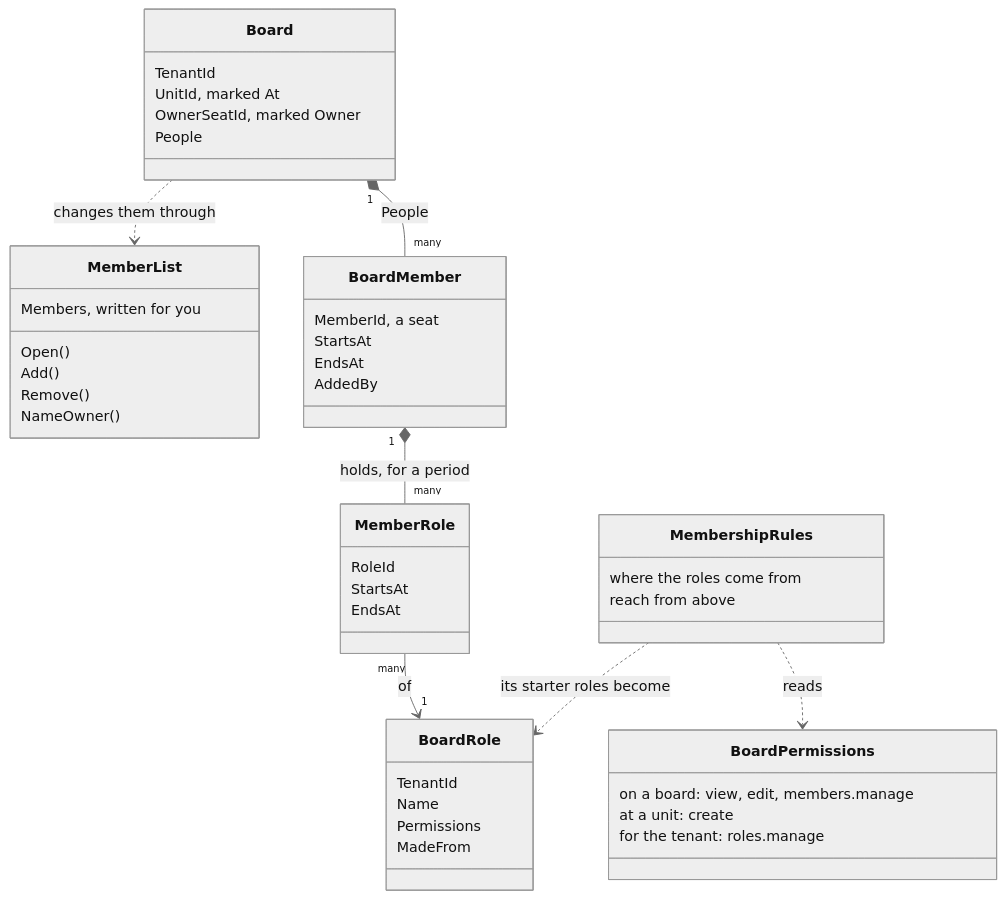
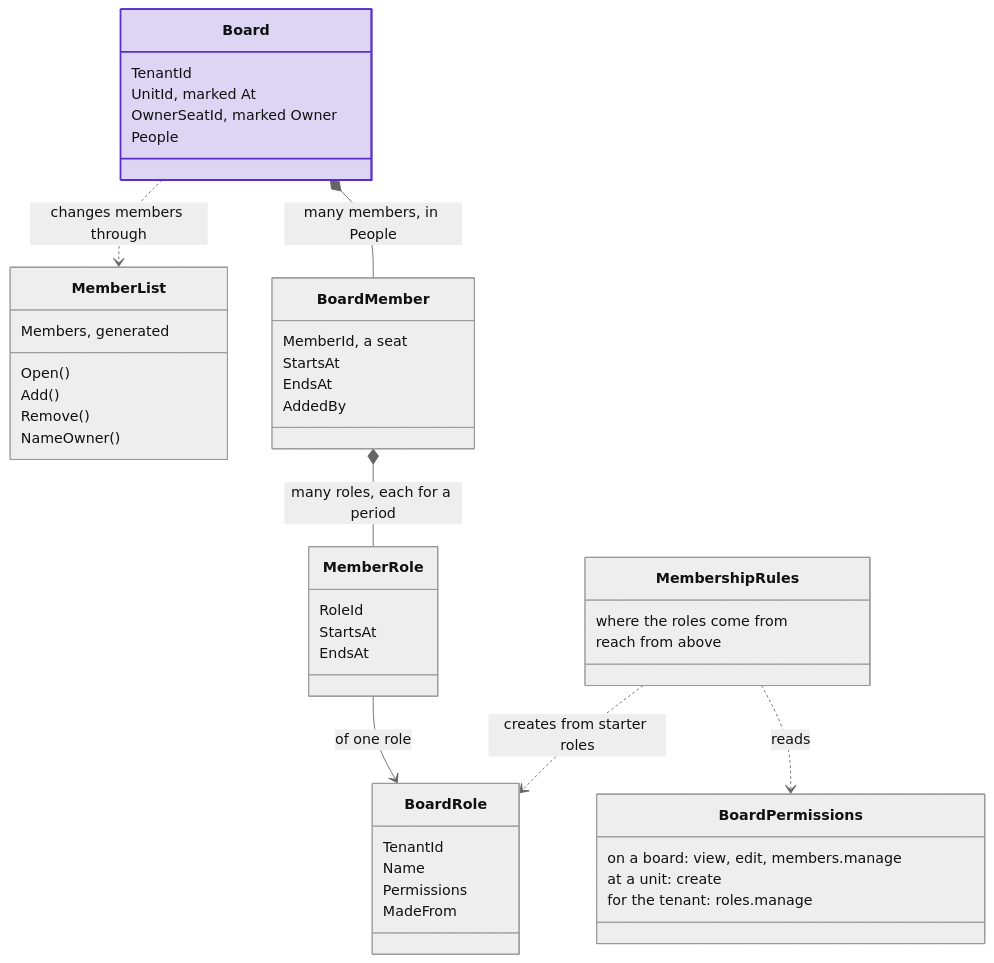
The first of 2 diagrams in docs/membership/overview.md (DylanSnel/DDDToolkit), drawn with Mermaid (neutral theme) before and after one commit. The commit also changed other lines of this file and 24 other files, not shown here.

First line of the commit message:
Docs: plain prose and readable diagrams for Tenancy and Membership

````diff
--- a/docs/membership/overview.md
+++ b/docs/membership/overview.md
@@ -59,49 +64,51 @@
 ```mermaid
 classDiagram
     direction TB
     class Board {
         TenantId
         UnitId, marked At
         OwnerSeatId, marked Owner
         People
     }
     class MemberList {
-        Members, written for you
+        Members, generated
         Open()
         Add()
         Remove()
         NameOwner()
     }
     class BoardMember {
         MemberId, a seat
         StartsAt
         EndsAt
         AddedBy
     }
     class MemberRole {
         RoleId
         StartsAt
         EndsAt
     }
     class BoardRole {
         TenantId
         Name
         Permissions
         MadeFrom
     }
     class BoardPermissions {
         on a board: view, edit, members.manage
         at a unit: create
         for the tenant: roles.manage
     }
     class MembershipRules {
         where the roles come from
         reach from above
     }
-    Board "1" *-- "many" BoardMember : People
-    Board ..> MemberList : changes them through
-    BoardMember "1" *-- "many" MemberRole : holds, for a period
-    MemberRole "many" --> "1" BoardRole : of
+    Board *-- BoardMember : many members, in People
+    Board ..> MemberList : changes members through
+    BoardMember *-- MemberRole : many roles, each for a period
+    MemberRole --> BoardRole : of one role
     MembershipRules ..> BoardPermissions : reads
-    MembershipRules ..> BoardRole : its starter roles become
+    MembershipRules ..> BoardRole : creates from starter roles
+    class Board:::strong
+    classDef strong fill:#5b2ec933,stroke:#5b2ec9,stroke-width:2px
 ```
````
